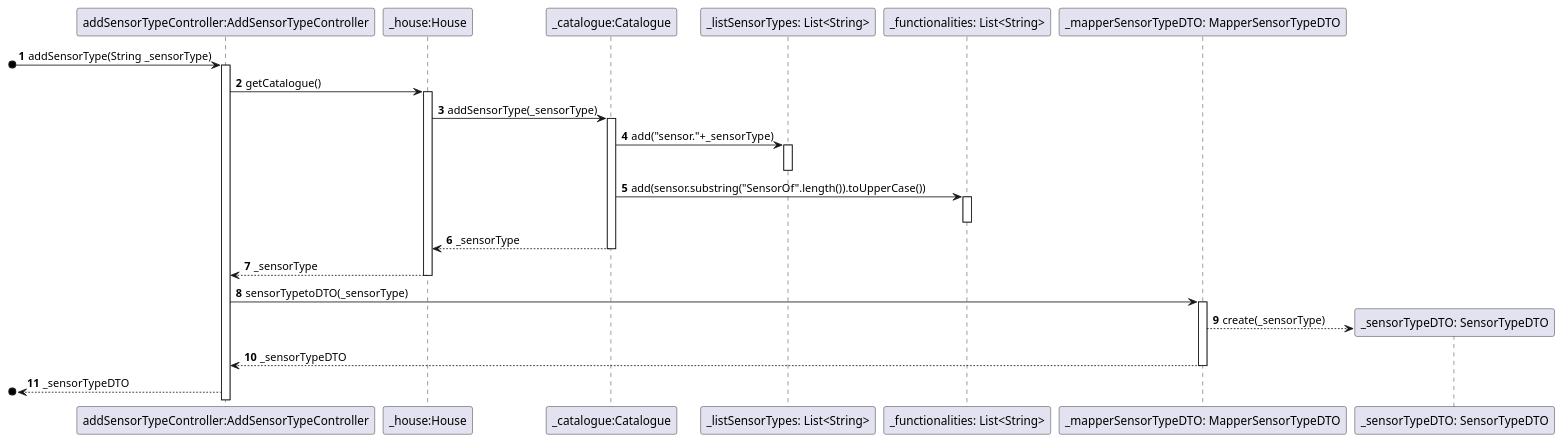
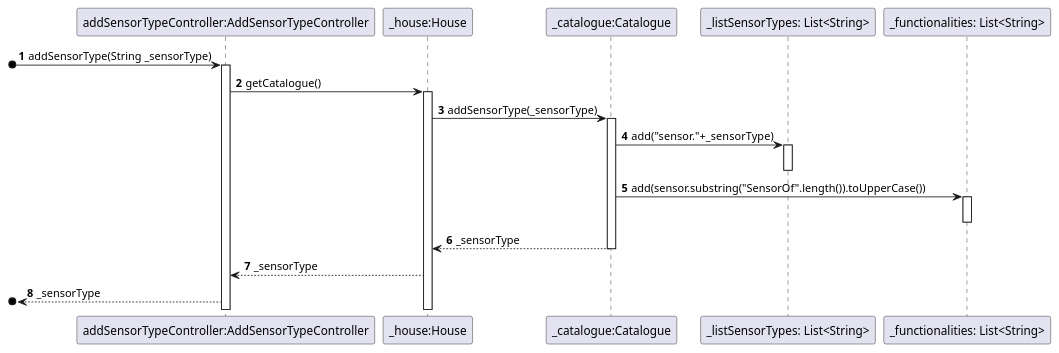
The diagram in projetoIntermedio/docs/Sequence/UseCase04.puml (ozepedrorodrigues/projetoIntermedio), drawn with PlantUML before and after one commit. The commit also changed 7 other files, not shown here.

```diff
--- a/projetoIntermedio/docs/Sequence/UseCase04.puml
+++ b/projetoIntermedio/docs/Sequence/UseCase04.puml
@@ -1,41 +1,33 @@
 @startuml
 'https://plantuml.com/sequence-diagram
 
 autonumber
 
 Participant "addSensorTypeController:AddSensorTypeController" as C
 Participant "_house:House" as H
 Participant "_catalogue:Catalogue" as CAT
 Participant "_listSensorTypes: List<String>" as LST
 Participant "_functionalities: List<String>" as LF
-Participant "_mapperSensorTypeDTO: MapperSensorTypeDTO" as M
-Participant "_sensorTypeDTO: SensorTypeDTO" as DTO
 
 [o->C : addSensorType(String _sensorType)
 activate C
 C->H : getCatalogue()
 activate H
 H->CAT: addSensorType(_sensorType)
 activate CAT
 CAT->LST: add("sensor."+_sensorType)
 activate LST
 deactivate LST
 CAT->LF: add(sensor.substring("SensorOf".length()).toUpperCase())
 activate LF
 deactivate LF
 CAT-->H : _sensorType
 deactivate CAT
 H-->C : _sensorType
-deactivate H
-C->M : sensorTypetoDTO(_sensorType)
-activate M
-M-->DTO**:create(_sensorType)
-M-->C : _sensorTypeDTO
-deactivate M
-[o<--C: _sensorTypeDTO
+[o<--C: _sensorType
 
 
 
 
 
 @enduml
```
